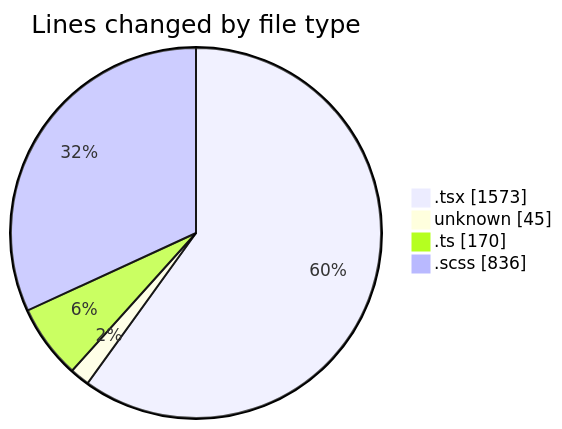
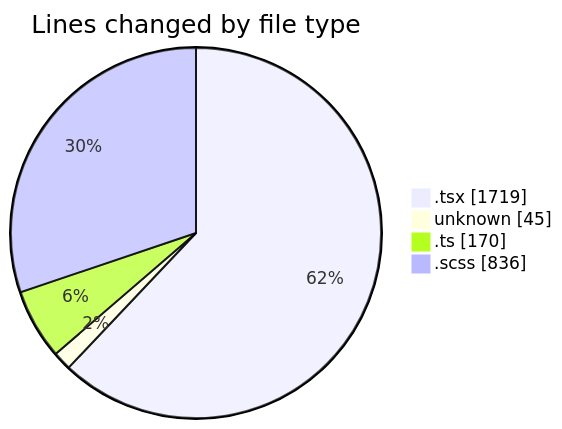
The first of 2 diagrams in 2025-09-01/cda/README.md (momahboobian/code-tracking), drawn with Mermaid before and after one commit. The commit also changed other lines of this file and 1 other file, not shown here.

````diff
--- a/2025-09-01/cda/README.md
+++ b/2025-09-01/cda/README.md
@@ -26,8 +27,8 @@
 ```mermaid
 pie showData
 title Lines changed by file type
-".tsx" : 1573
+".tsx" : 1719
 "unknown" : 45
 ".ts" : 170
 ".scss" : 836
 ```
````
